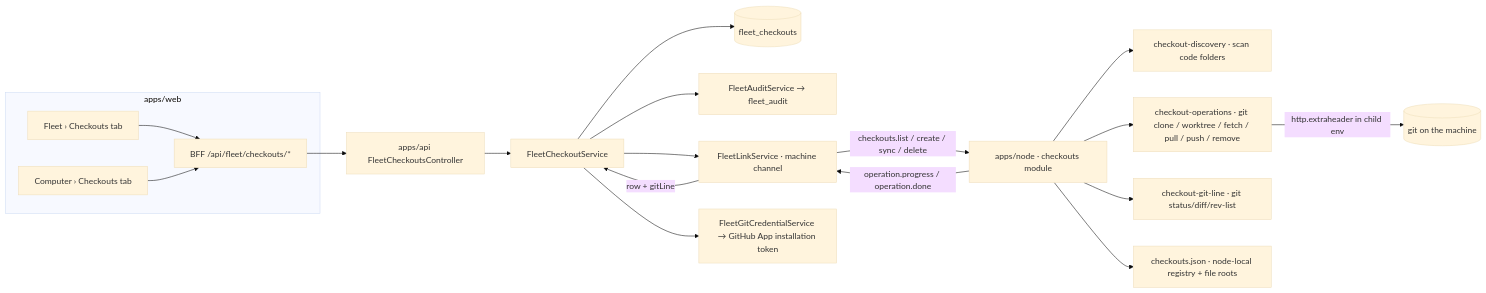
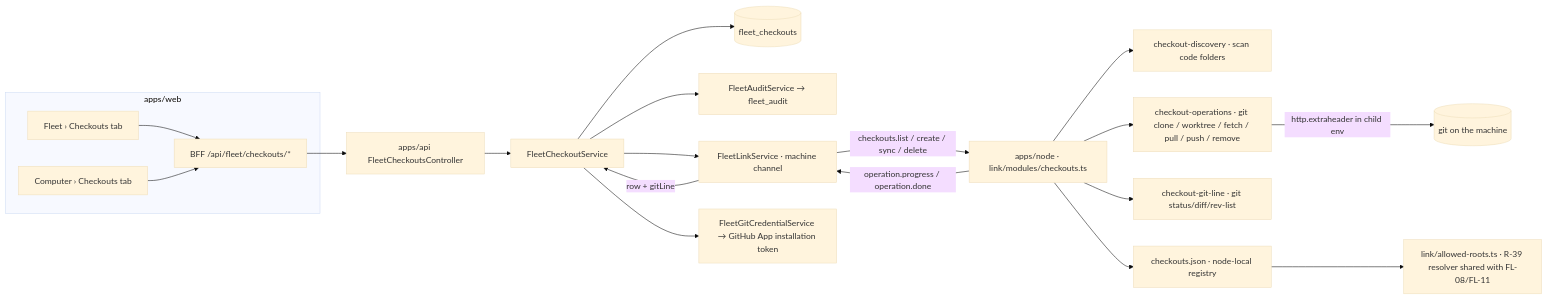
The diagram in docs/specs/features/fleet/FL-14-checkouts/plan.md (HotOpenSourcing/ever-works), drawn with Mermaid (base theme) before and after one commit. The commit also changed other lines of this file and 19 other files, not shown here.

````diff
--- a/docs/specs/features/fleet/FL-14-checkouts/plan.md
+++ b/docs/specs/features/fleet/FL-14-checkouts/plan.md
@@ -16,21 +16,22 @@
 ```mermaid
 flowchart LR
     subgraph web[apps/web]
         HUB[Fleet › Checkouts tab] --> BFF[BFF /api/fleet/checkouts/*]
         TAB[Computer › Checkouts tab] --> BFF
     end
     BFF --> API[apps/api FleetCheckoutsController]
     API --> SVC[FleetCheckoutService]
     SVC --> DB[(fleet_checkouts)]
     SVC --> AUD[FleetAuditService → fleet_audit]
     SVC --> LINK[FleetLinkService · machine channel]
     SVC --> CRED[FleetGitCredentialService → GitHub App installation token]
-    LINK -- checkouts.list / create / sync / delete --> NODE[apps/node · checkouts module]
+    LINK -- checkouts.list / create / sync / delete --> NODE[apps/node · link/modules/checkouts.ts]
     NODE --> DISC[checkout-discovery · scan code folders]
     NODE --> OPS[checkout-operations · git clone / worktree / fetch / pull / push / remove]
     NODE --> GL[checkout-git-line · git status/diff/rev-list]
-    NODE --> REG[checkouts.json · node-local registry + file roots]
+    NODE --> REG[checkouts.json · node-local registry]
+    REG --> ROOTS[link/allowed-roots.ts · R-39 resolver shared with FL-08/FL-11]
     OPS -- http.extraheader in child env --> GIT[(git on the machine)]
     NODE -- operation.progress / operation.done --> LINK
     LINK -- row + gitLine --> SVC
 ```
````
